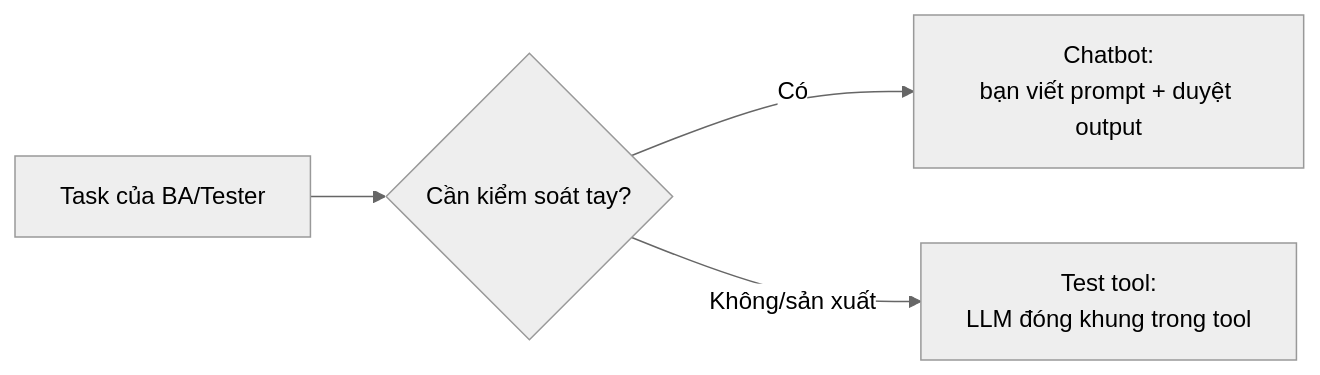
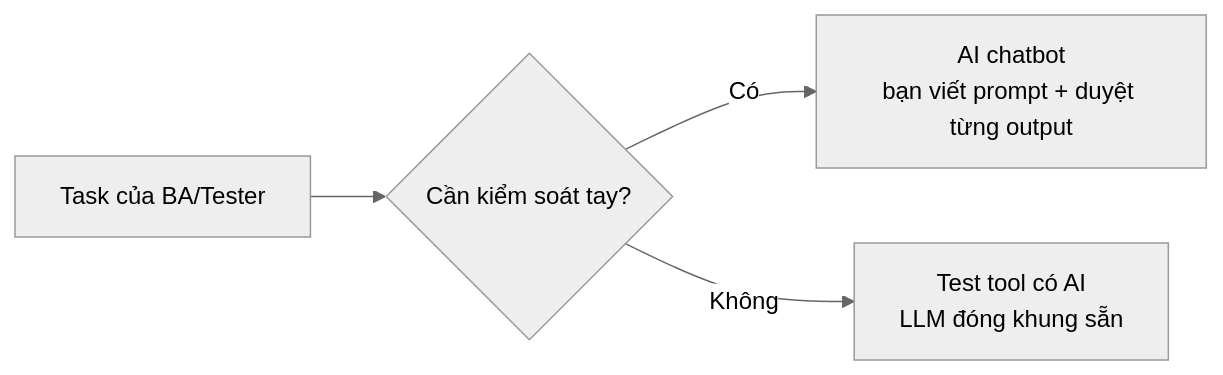
Before and after one commit to heino-labs/gen-ai-labs: the third of 3 diagrams in docs/curriculum/MODULE-02-ai-foundation.md, drawn with Mermaid (neutral theme). The commit also changed other lines of this file and 10 other files, not shown here.

Commit message:
Refactor MODULE-09-capstone.md and README.md for clarity and structure; enhance narrative flow and emphasize evidence-based learning in AI testing curriculum.

````diff
--- a/docs/curriculum/MODULE-02-ai-foundation.md
+++ b/docs/curriculum/MODULE-02-ai-foundation.md
@@ -308,6 +138,6 @@
 ```mermaid
 flowchart LR
     T["Task của BA/Tester"] --> A{"Cần kiểm soát tay?"}
-    A -- Có --> CH["Chatbot:<br/>bạn viết prompt + duyệt output"]
-    A -- Không/sản xuất --> TL["Test tool:<br/>LLM đóng khung trong tool"]
+    A -- Có --> CH["AI chatbot<br/>bạn viết prompt + duyệt từng output"]
+    A -- Không --> TL["Test tool có AI<br/>LLM đóng khung sẵn"]
 ```
````
